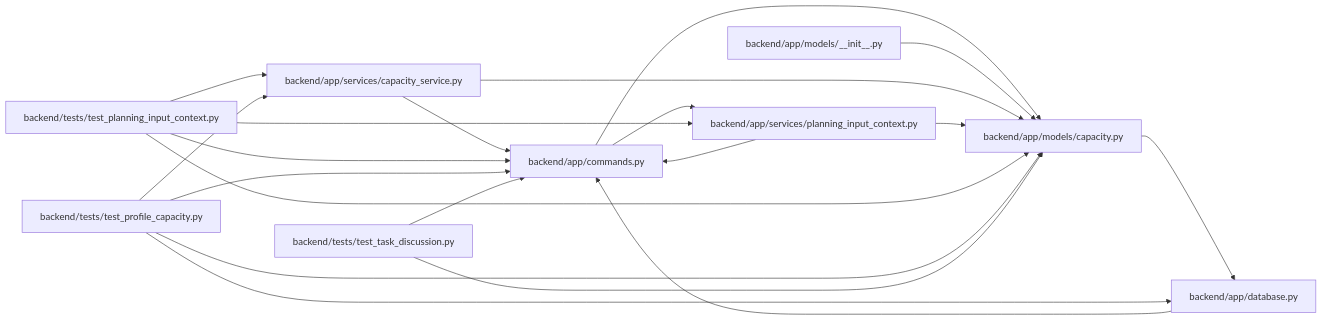
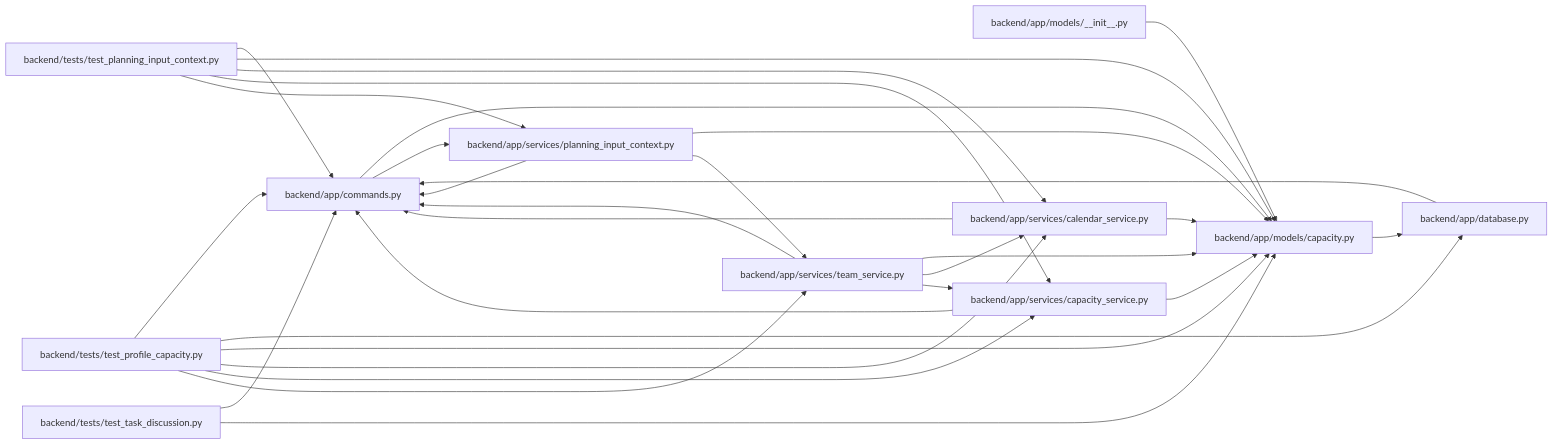
Before and after one commit to Denissvgn/WorkChord: the diagram in docs/llm_wiki/modules/models_capacity.md, drawn with Mermaid. The commit also changed other lines of this file and 25171 other files, not shown here.

````diff
--- a/docs/llm_wiki/modules/models_capacity.md
+++ b/docs/llm_wiki/modules/models_capacity.md
@@ -21,40 +21,54 @@
 ```mermaid
 flowchart LR
     n0["backend/app/commands.py"]
     n1["backend/app/database.py"]
     n2["backend/app/models/__init__.py"]
     n3["backend/app/models/capacity.py"]
-    n4["backend/app/services/capacity_service.py"]
-    n5["backend/app/services/planning_input_context.py"]
-    n6["backend/tests/test_planning_input_context.py"]
-    n7["backend/tests/test_profile_capacity.py"]
-    n8["backend/tests/test_task_discussion.py"]
+    n4["backend/app/services/calendar_service.py"]
+    n5["backend/app/services/capacity_service.py"]
+    n6["backend/app/services/planning_input_context.py"]
+    n7["backend/app/services/team_service.py"]
+    n8["backend/tests/test_planning_input_context.py"]
+    n9["backend/tests/test_profile_capacity.py"]
+    n10["backend/tests/test_task_discussion.py"]
     n0 --> n3
-    n0 --> n5
+    n0 --> n6
     n1 --> n0
     n2 --> n3
     n3 --> n1
     n4 --> n0
     n4 --> n3
     n5 --> n0
     n5 --> n3
     n6 --> n0
     n6 --> n3
-    n6 --> n4
-    n6 --> n5
+    n6 --> n7
     n7 --> n0
-    n7 --> n1
     n7 --> n3
     n7 --> n4
+    n7 --> n5
     n8 --> n0
     n8 --> n3
+    n8 --> n4
+    n8 --> n5
+    n8 --> n6
+    n9 --> n0
+    n9 --> n1
+    n9 --> n3
+    n9 --> n4
+    n9 --> n5
+    n9 --> n7
+    n10 --> n0
+    n10 --> n3
     click n0 "../modules/commands.md"
     click n1 "../modules/app_database.md"
     click n2 "../modules/models___init__.md"
     click n3 "../modules/models_capacity.md"
-    click n4 "../modules/capacity_service.md"
-    click n5 "../modules/planning_input_context.md"
-    click n6 "../modules/test_planning_input_context.md"
-    click n7 "../modules/test_profile_capacity.md"
-    click n8 "../modules/test_task_discussion.md"
+    click n4 "../modules/calendar_service.md"
+    click n5 "../modules/capacity_service.md"
+    click n6 "../modules/planning_input_context.md"
+    click n7 "../modules/team_service.md"
+    click n8 "../modules/test_planning_input_context.md"
+    click n9 "../modules/test_profile_capacity.md"
+    click n10 "../modules/test_task_discussion.md"
 ```
````
